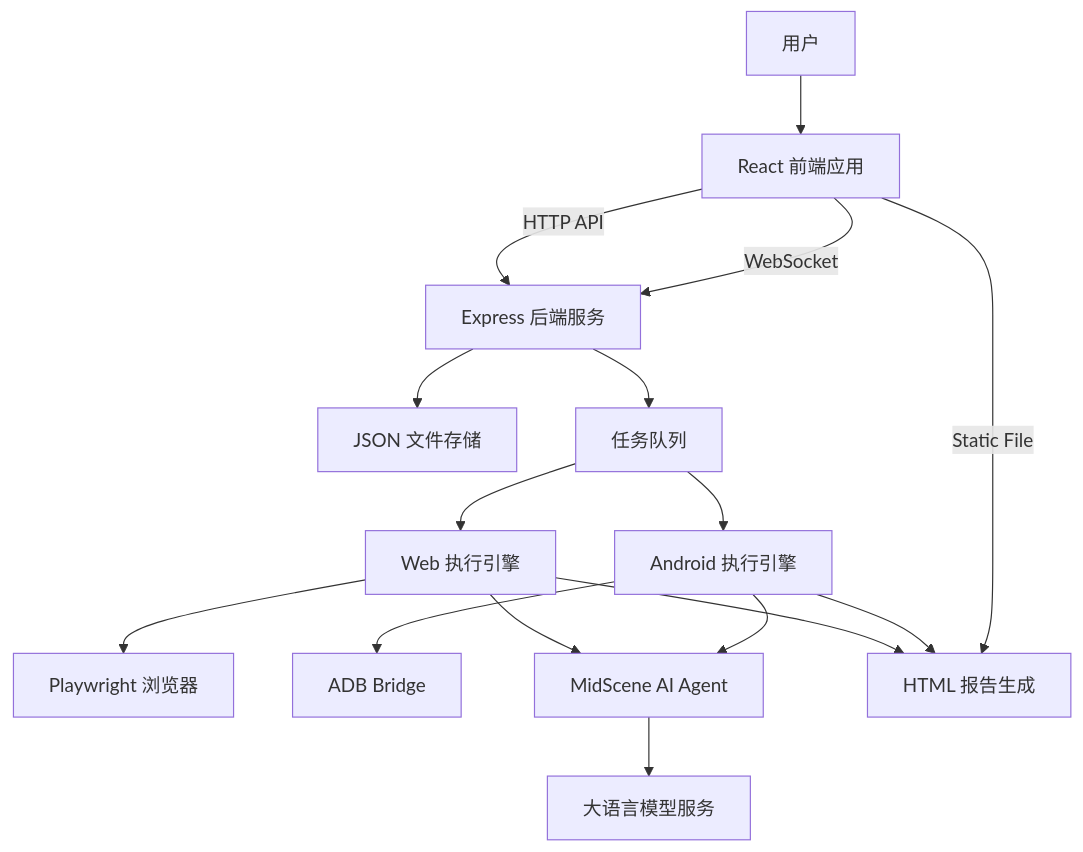
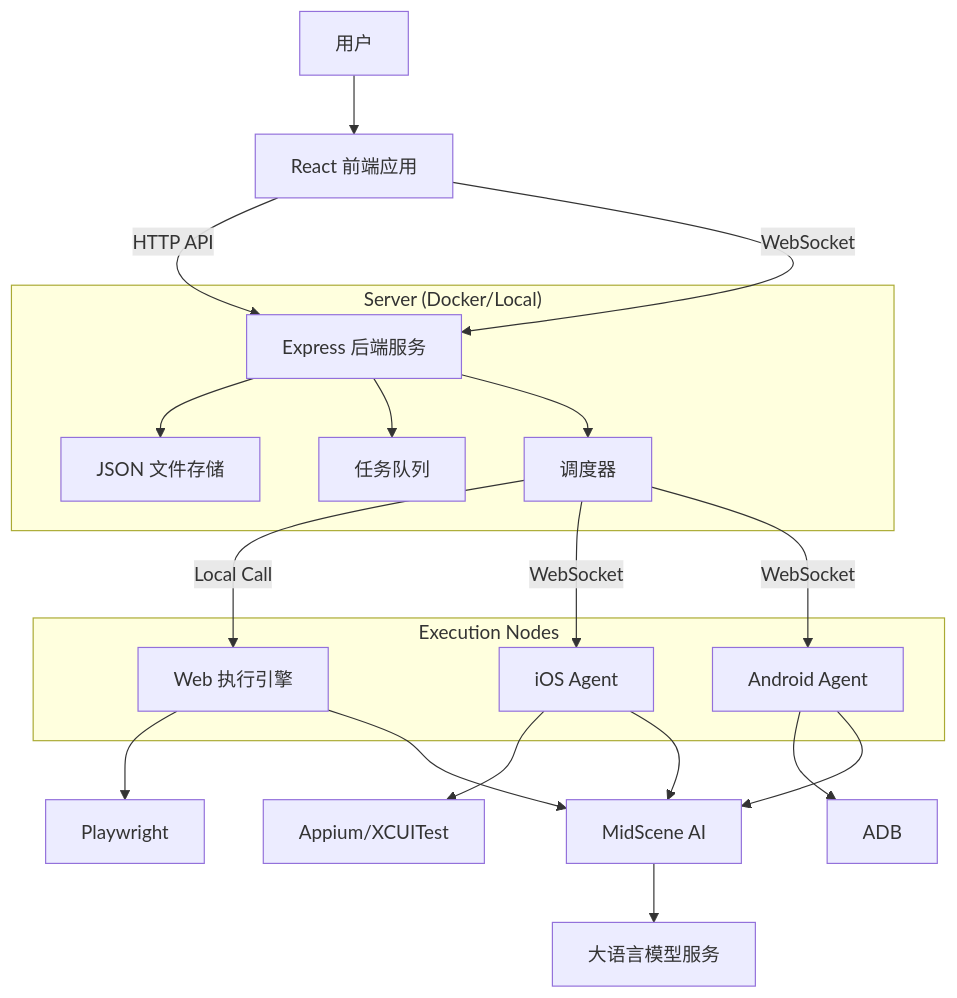
One commit to awdaaabbc/trae_projects changed the diagram in ui-automation-demo/docs/demo项目文档.md. Above: the diagram before and after it, drawn with Mermaid. The commit also changed other lines of this file and 80 other files, not shown here.

First line of the commit message:
feat: implement distributed agent dispatch and targeted execution

````diff
--- a/ui-automation-demo/docs/demo项目文档.md
+++ b/ui-automation-demo/docs/demo项目文档.md
@@ -70,16 +66,25 @@
 ```mermaid
 graph TD
     User[用户] --> Frontend[React 前端应用]
     Frontend -- HTTP API --> Backend[Express 后端服务]
     Frontend -- WebSocket --> Backend
-    Backend --> Storage[JSON 文件存储]
-    Backend --> Queue[任务队列]
-    Queue --> WebRunner[Web 执行引擎]
-    Queue --> AndroidRunner[Android 执行引擎]
-    WebRunner --> Playwright[Playwright 浏览器]
-    AndroidRunner --> ADB[ADB Bridge]
-    WebRunner & AndroidRunner --> MidScene[MidScene AI Agent]
+    
+    subgraph "Server (Docker/Local)"
+        Backend --> Storage[JSON 文件存储]
+        Backend --> Queue[任务队列]
+        Backend --> Scheduler[调度器]
+    end
+
+    subgraph "Execution Nodes"
+        Scheduler -->|Local Call| WebRunner[Web 执行引擎]
+        Scheduler -->|WebSocket| AgentiOS[iOS Agent]
+        Scheduler -->|WebSocket| AgentAndroid[Android Agent]
+    end
+
+    WebRunner --> Playwright
+    AgentiOS --> Appium/XCUITest
+    AgentAndroid --> ADB
+    
+    WebRunner & AgentiOS & AgentAndroid --> MidScene[MidScene AI]
     MidScene --> LLM[大语言模型服务]
-    WebRunner & AndroidRunner --> Report[HTML 报告生成]
-    Frontend -- Static File --> Report
 ```
````
